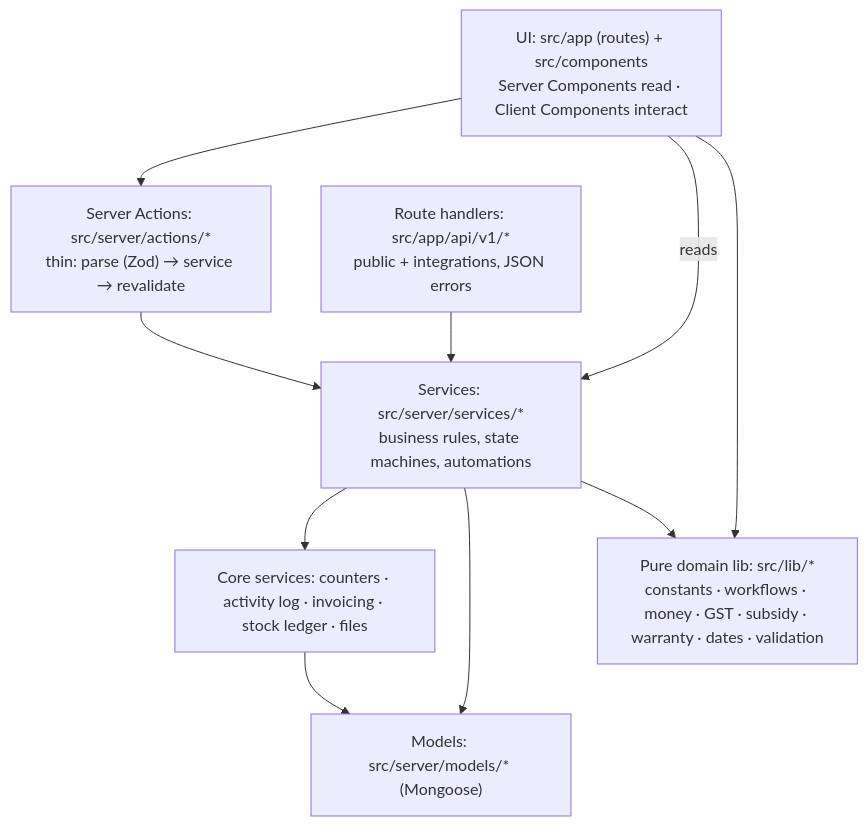
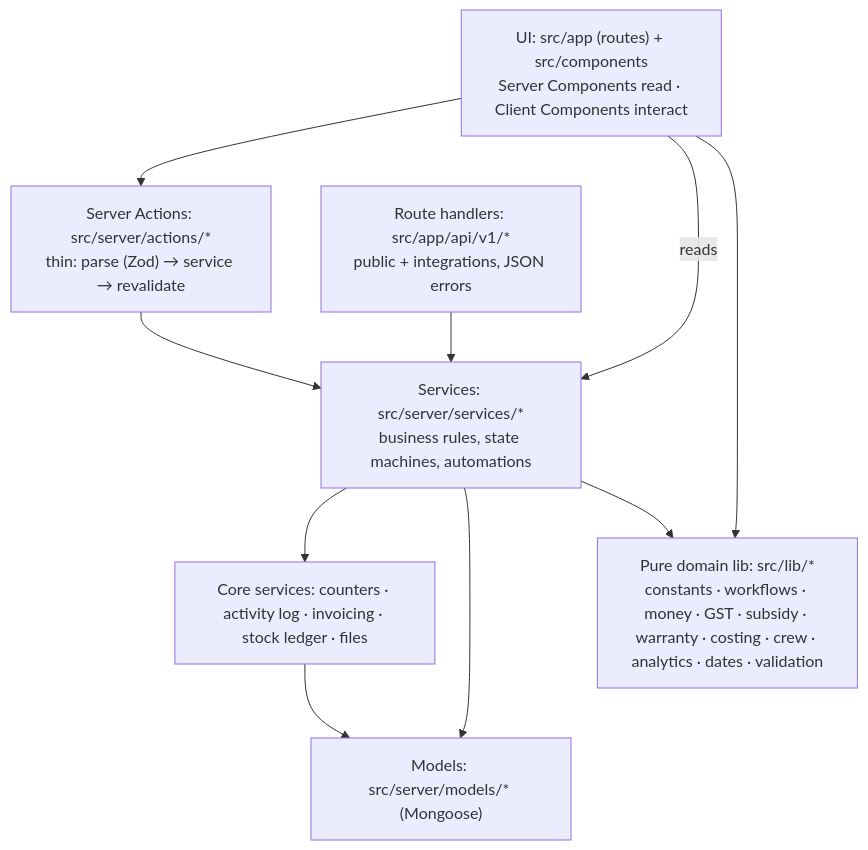
One commit to hanvithSai/sunpower changed the second of 6 diagrams in engineering/Architecture.md. Above: the diagram before and after it, drawn with Mermaid. The commit also changed 2 other files, not shown here.

Commit message:
update test docs

````diff
--- a/engineering/Architecture.md
+++ b/engineering/Architecture.md
@@ -34,18 +34,18 @@
 ```mermaid
 flowchart TB
   UI["UI: src/app (routes) + src/components<br/>Server Components read · Client Components interact"]
   ACT["Server Actions: src/server/actions/*<br/>thin: parse (Zod) → service → revalidate"]
   API["Route handlers: src/app/api/v1/*<br/>public + integrations, JSON errors"]
   SVC["Services: src/server/services/*<br/>business rules, state machines, automations"]
   CORE["Core services: counters · activity log · invoicing · stock ledger · files"]
   MOD["Models: src/server/models/* (Mongoose)"]
-  LIB["Pure domain lib: src/lib/*<br/>constants · workflows · money · GST · subsidy · warranty · dates · validation"]
+  LIB["Pure domain lib: src/lib/*<br/>constants · workflows · money · GST · subsidy · warranty · costing · crew · analytics · dates · validation"]
 
   UI --> ACT --> SVC
   UI -->|reads| SVC
   API --> SVC
   SVC --> CORE --> MOD
   SVC --> MOD
   UI --> LIB
   SVC --> LIB
 ```
````
